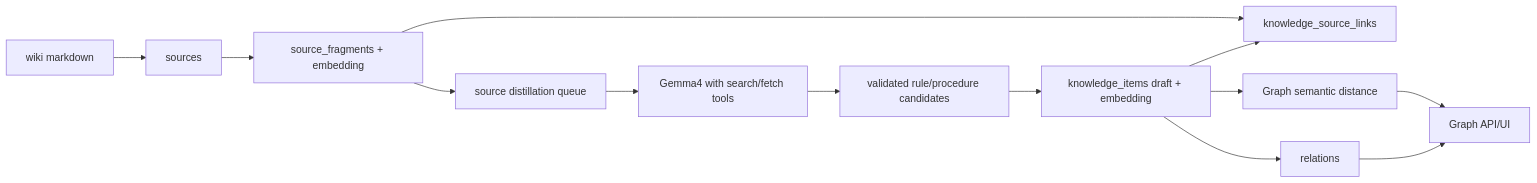
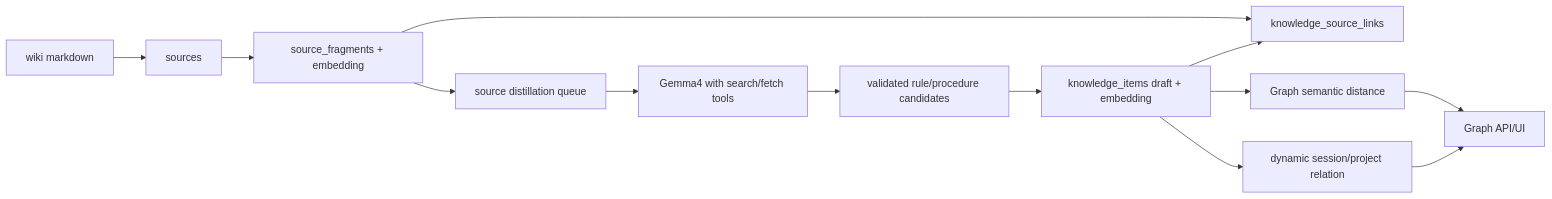
Before and after one commit to ugnoguchigxp/contextStill: the diagram in docs/source-graph-flow.md, drawn with Mermaid. The commit also changed other lines of this file and 59 other files, not shown here.

````diff
--- a/docs/source-graph-flow.md
+++ b/docs/source-graph-flow.md
@@ -21,15 +21,15 @@
 ```mermaid
 flowchart LR
   A["wiki markdown"] --> B["sources"]
   B --> C["source_fragments + embedding"]
   C --> D["source distillation queue"]
   D --> E["Gemma4 with search/fetch tools"]
   E --> F["validated rule/procedure candidates"]
   F --> G["knowledge_items draft + embedding"]
   C --> H["knowledge_source_links"]
   G --> H
   G --> I["Graph semantic distance"]
-  G --> J["relations"]
+  G --> J["dynamic session/project relation"]
   I --> K["Graph API/UI"]
   J --> K
 ```
````
